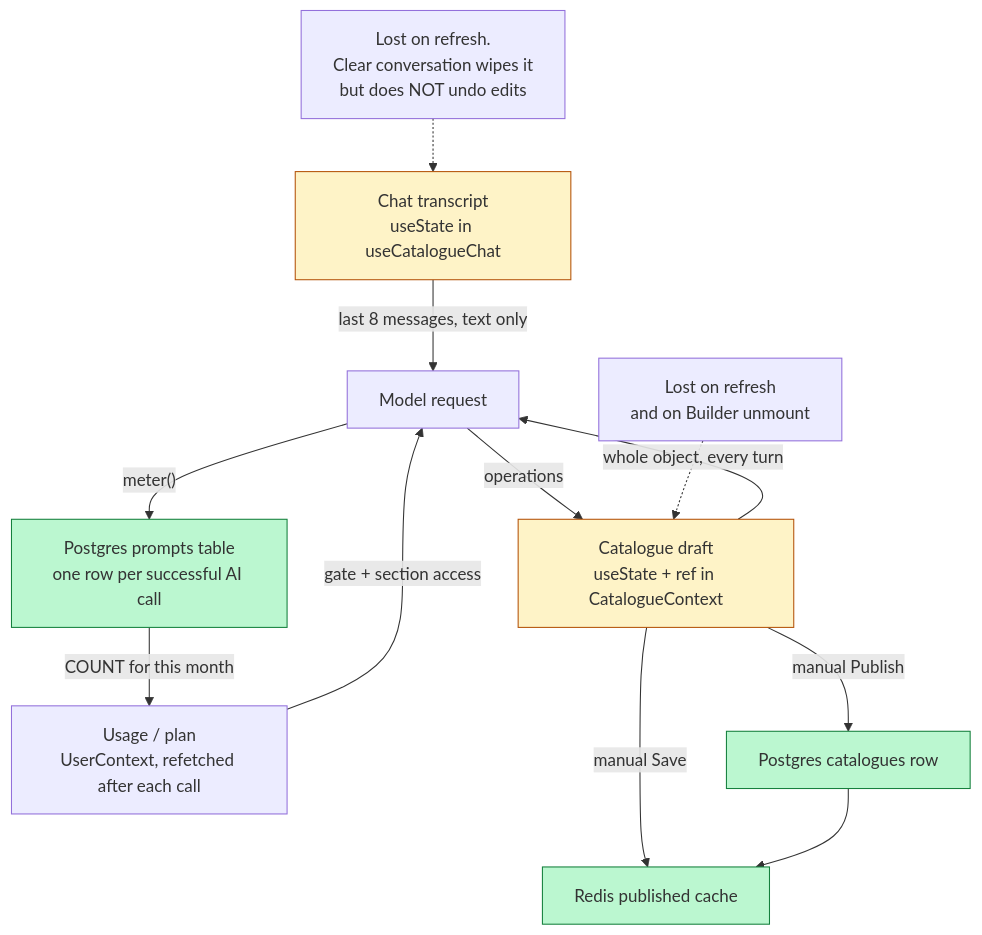
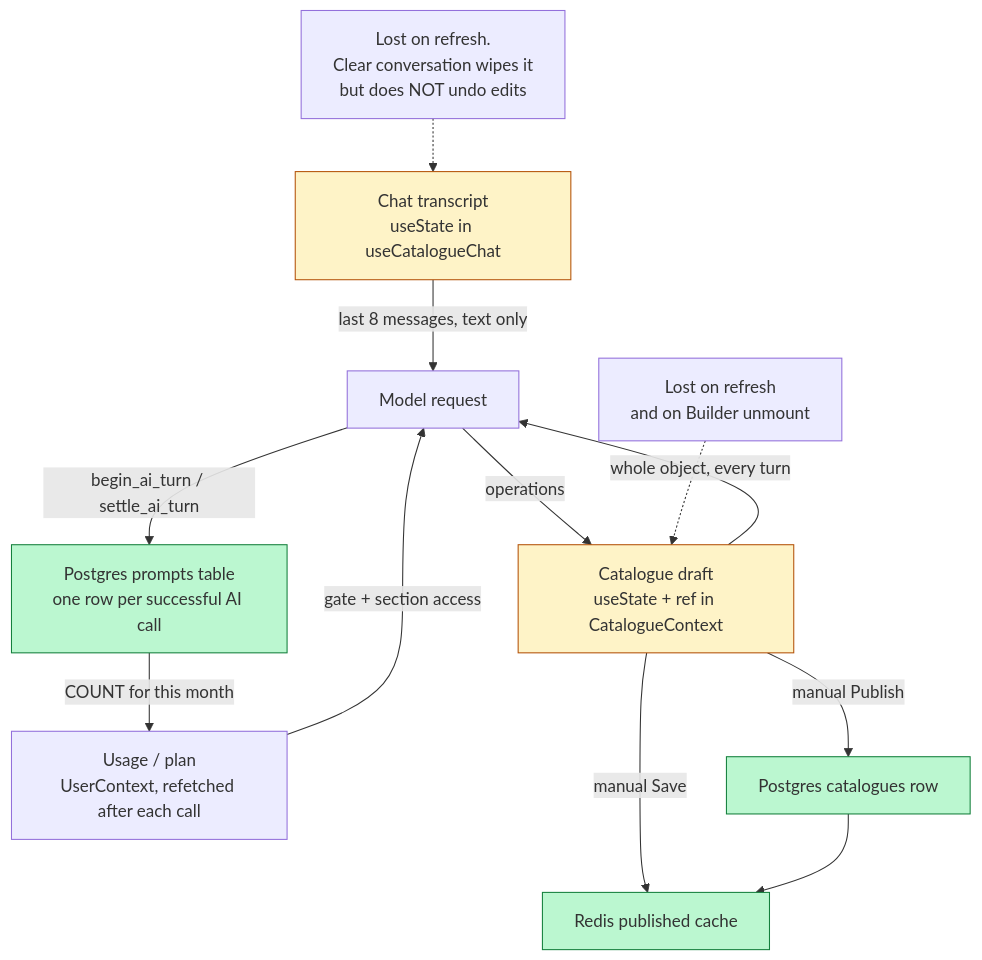
Before and after one commit to nikolamirilo/quicktalog-app: the third of 3 diagrams in docs/architecture/ai-chat-flow.md, drawn with Mermaid. The commit also changed other lines of this file and 104 other files, not shown here.

````diff
--- a/docs/architecture/ai-chat-flow.md
+++ b/docs/architecture/ai-chat-flow.md
@@ -343,28 +347,28 @@
 ```mermaid
 flowchart TD
     S1["Chat transcript<br/>useState in useCatalogueChat"]
     S2["Catalogue draft<br/>useState + ref in CatalogueContext"]
     S3["Usage / plan<br/>UserContext, refetched after each call"]
     S4["Postgres catalogues row"]
     S5["Redis published cache"]
     S6["Postgres prompts table<br/>one row per successful AI call"]
 
     S1 -->|"last 8 messages, text only"| M[Model request]
     S2 -->|"whole object, every turn"| M
     S3 -->|"gate + section access"| M
     M -->|operations| S2
-    M -->|"meter()"| S6
+    M -->|"begin_ai_turn / settle_ai_turn"| S6
     S2 -->|"manual Save"| S5
     S2 -->|"manual Publish"| S4
     S4 --> S5
     S6 -->|"COUNT for this month"| S3
 
     N1["Lost on refresh.<br/>Clear conversation wipes it<br/>but does NOT undo edits"] -.-> S1
     N2["Lost on refresh<br/>and on Builder unmount"] -.-> S2
 
     style S1 fill:#fef3c7,stroke:#b45309
     style S2 fill:#fef3c7,stroke:#b45309
     style S4 fill:#bbf7d0,stroke:#15803d
     style S5 fill:#bbf7d0,stroke:#15803d
     style S6 fill:#bbf7d0,stroke:#15803d
 ```
````
